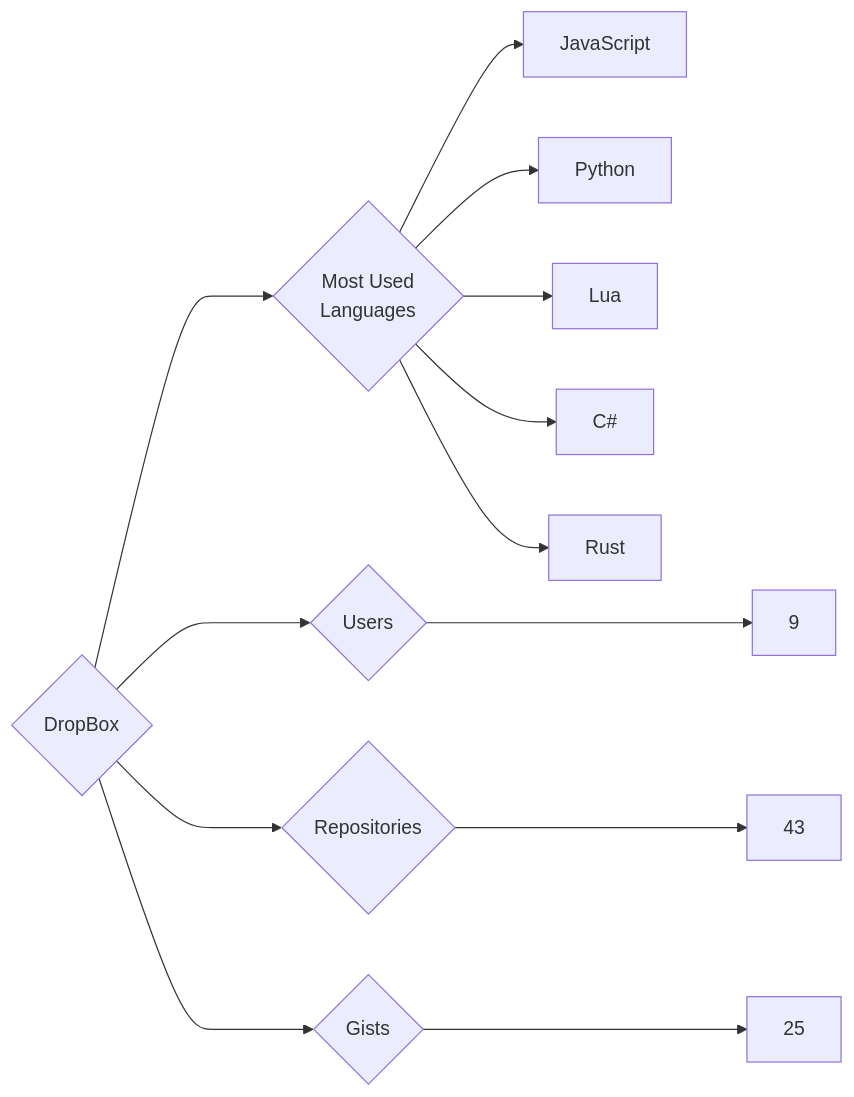
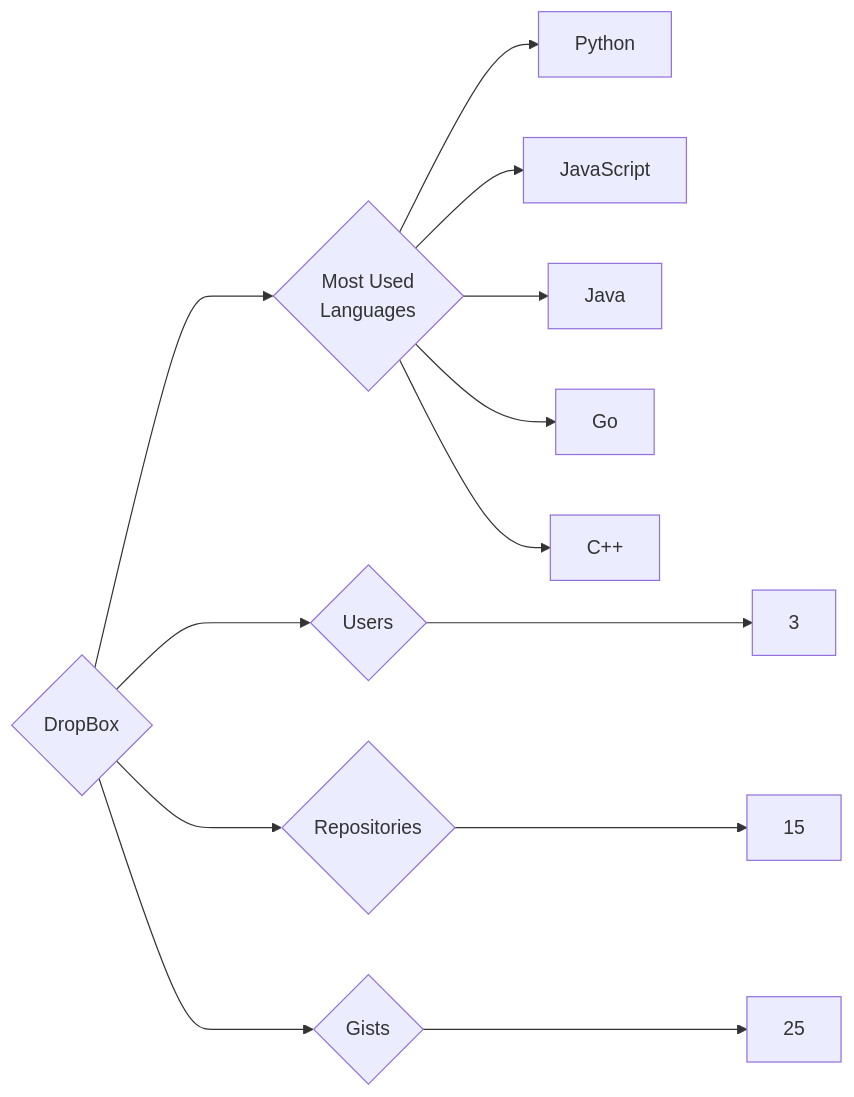
Before and after one commit to trickest/insiders: the diagram in targets/DropBox/README.md, drawn with Mermaid. The commit also changed 1170 other files, not shown here.

````diff
--- a/targets/DropBox/README.md
+++ b/targets/DropBox/README.md
@@ -3,13 +3,13 @@
 ```mermaid
 graph LR
 COMPANY_NAME{DropBox}
-COMPANY_NAME ---> U{Users} ---> UN[9]
-COMPANY_NAME ---> R{Repositories} ---> RN[43]
+COMPANY_NAME ---> U{Users} ---> UN[3]
+COMPANY_NAME ---> R{Repositories} ---> RN[15]
 COMPANY_NAME ---> G{Gists} ---> GN[25]
 COMPANY_NAME ---> ML{Most Used<br>Languages}
+ML --> Python[Python]
 ML --> JavaScript[JavaScript]
-ML --> Python[Python]
-ML --> Lua[Lua]
-ML --> C#[C#]
-ML --> Rust[Rust]
+ML --> Java[Java]
+ML --> Go[Go]
+ML --> C++[C++]
 ```
````
